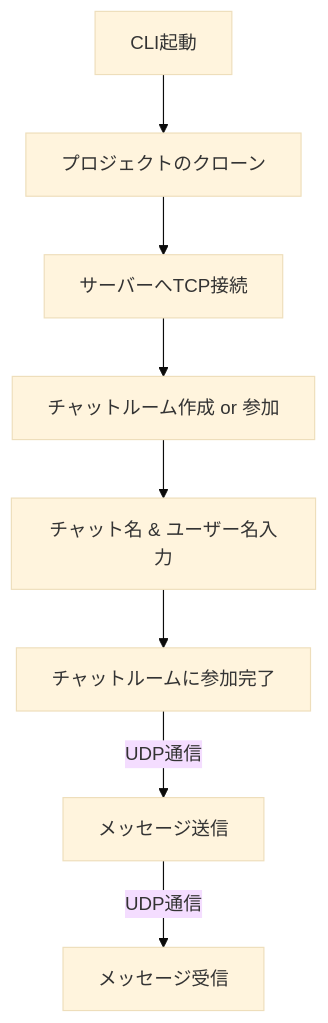
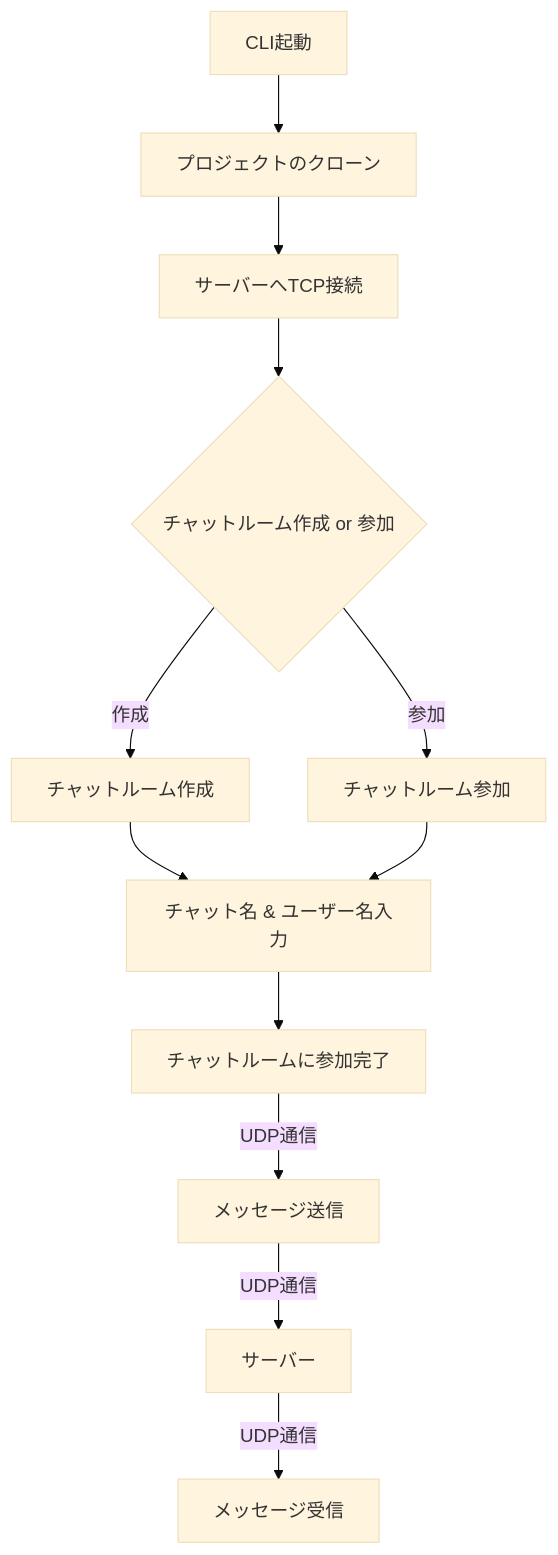
Before and after one commit to BackendExplorer/Tenshin: the diagram in README.md, drawn with Mermaid (base theme).

````diff
--- a/README.md
+++ b/README.md
@@ -2,10 +2,15 @@
 ```mermaid
 graph TD
     A[CLI起動] --> B[プロジェクトのクローン]
     B --> C[サーバーへTCP接続]
-    C --> D[チャットルーム作成 or 参加]
-    D --> E[チャット名 & ユーザー名入力]
-    E --> F[チャットルームに参加完了]
-    F -- UDP通信 --> G[メッセージ送信]
-    G -- UDP通信 --> H[メッセージ受信]
+    C --> D{チャットルーム作成 or 参加}
+    D -- 作成 --> E[チャットルーム作成]
+    D -- 参加 --> F[チャットルーム参加]
+    E --> G[チャット名 & ユーザー名入力]
+    F --> G
+    G --> H[チャットルームに参加完了]
+    
+    H -->|UDP通信| I[メッセージ送信]
+    I -->|UDP通信| J[サーバー]
+    J -->|UDP通信| K[メッセージ受信]
 ```
````
